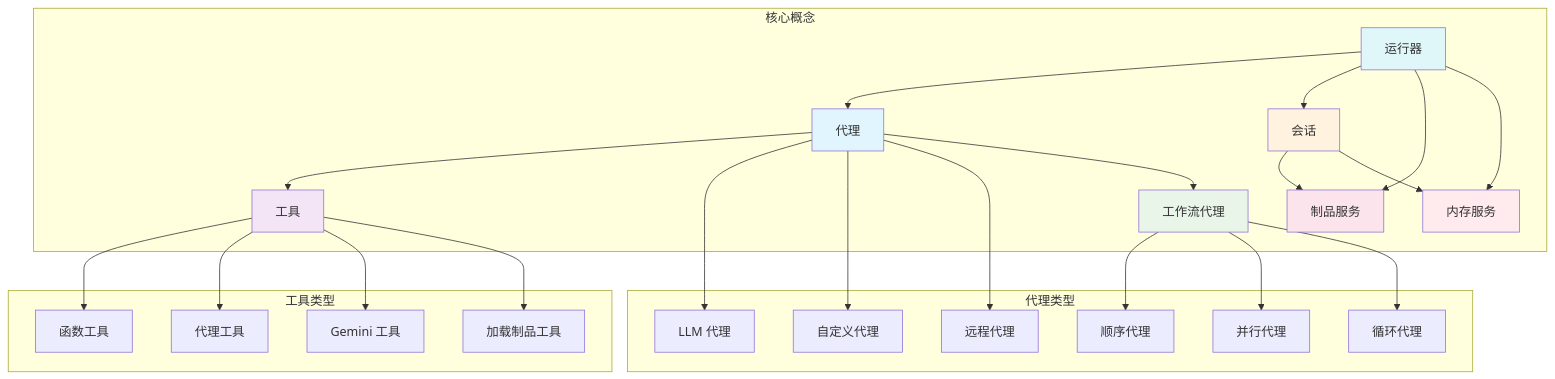
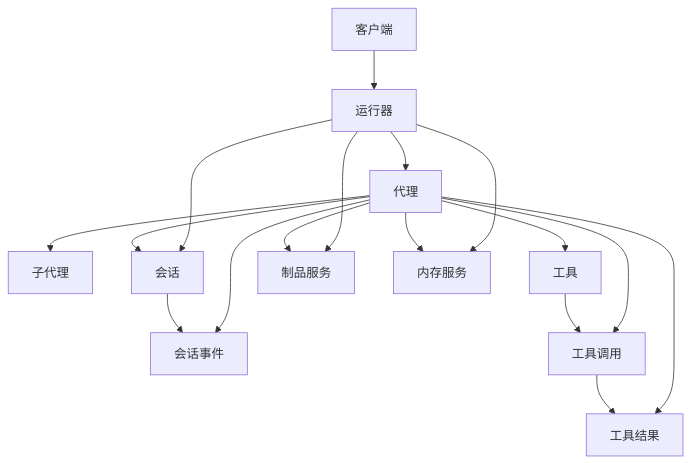
One commit to sjzsdu/adk-go changed the fifth of 6 diagrams in ADK-Go核心概念详解.md. Above: the diagram before and after it, drawn with Mermaid. The commit also changed other lines of this file and 6 other files, not shown here.

````diff
--- a/ADK-Go核心概念详解.md
+++ b/ADK-Go核心概念详解.md
@@ -169,59 +298,19 @@
 ```mermaid
-graph TB
-    subgraph "核心概念"
-        Agent[代理]
-        Tool[工具]
-        Session[会话]
-        WorkflowAgent[工作流代理]
-        ArtifactService[制品服务]
-        MemoryService[内存服务]
-        Runner[运行器]
-    end
-    
-    subgraph "代理类型"
-        LLMAgent[LLM 代理]
-        CustomAgent[自定义代理]
-        RemoteAgent[远程代理]
-        SequentialAgent[顺序代理]
-        ParallelAgent[并行代理]
-        LoopAgent[循环代理]
-    end
-    
-    subgraph "工具类型"
-        FunctionTool[函数工具]
-        AgentTool[代理工具]
-        GeminiTool[Gemini 工具]
-        LoadArtifactsTool[加载制品工具]
-    end
-    
-    Runner --> Agent
-    Runner --> Session
-    Runner --> ArtifactService
-    Runner --> MemoryService
-    
-    Agent --> Tool
-    Agent --> LLMAgent
-    Agent --> CustomAgent
-    Agent --> RemoteAgent
-    Agent --> WorkflowAgent
-    
-    WorkflowAgent --> SequentialAgent
-    WorkflowAgent --> ParallelAgent
-    WorkflowAgent --> LoopAgent
-    
-    Tool --> FunctionTool
-    Tool --> AgentTool
-    Tool --> GeminiTool
-    Tool --> LoadArtifactsTool
-    
-    Session --> ArtifactService
-    Session --> MemoryService
-    
-    style Agent fill:#e1f5fe
-    style Tool fill:#f3e5f5
-    style Session fill:#fff3e0
-    style WorkflowAgent fill:#e8f5e8
-    style ArtifactService fill:#fce4ec
-    style MemoryService fill:#ffebee
-    style Runner fill:#e0f7fa
+graph TD
+    A[客户端] --> B[运行器]
+    B --> C[代理]
+    C --> D[子代理]
+    C --> E[工具]
+    C --> F[会话]
+    C --> G[制品服务]
+    C --> H[内存服务]
+    B --> F
+    B --> G
+    B --> H
+    F --> I[会话事件]
+    C --> I
+    E --> J[工具调用]
+    C --> J
+    J --> K[工具结果]
+    C --> K
 ```
````
